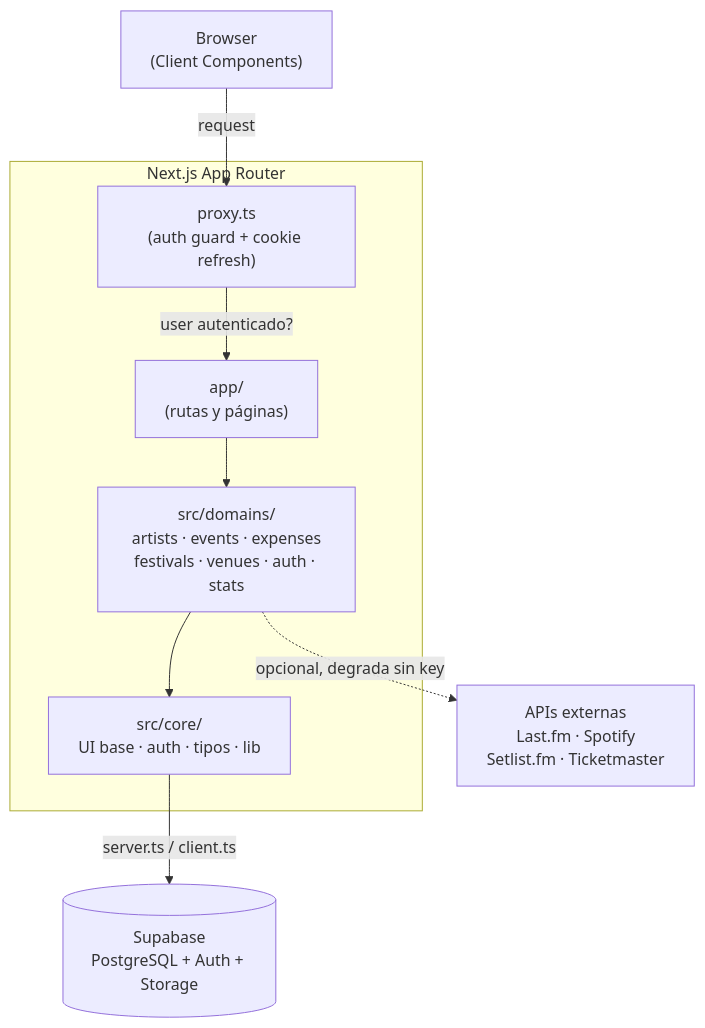
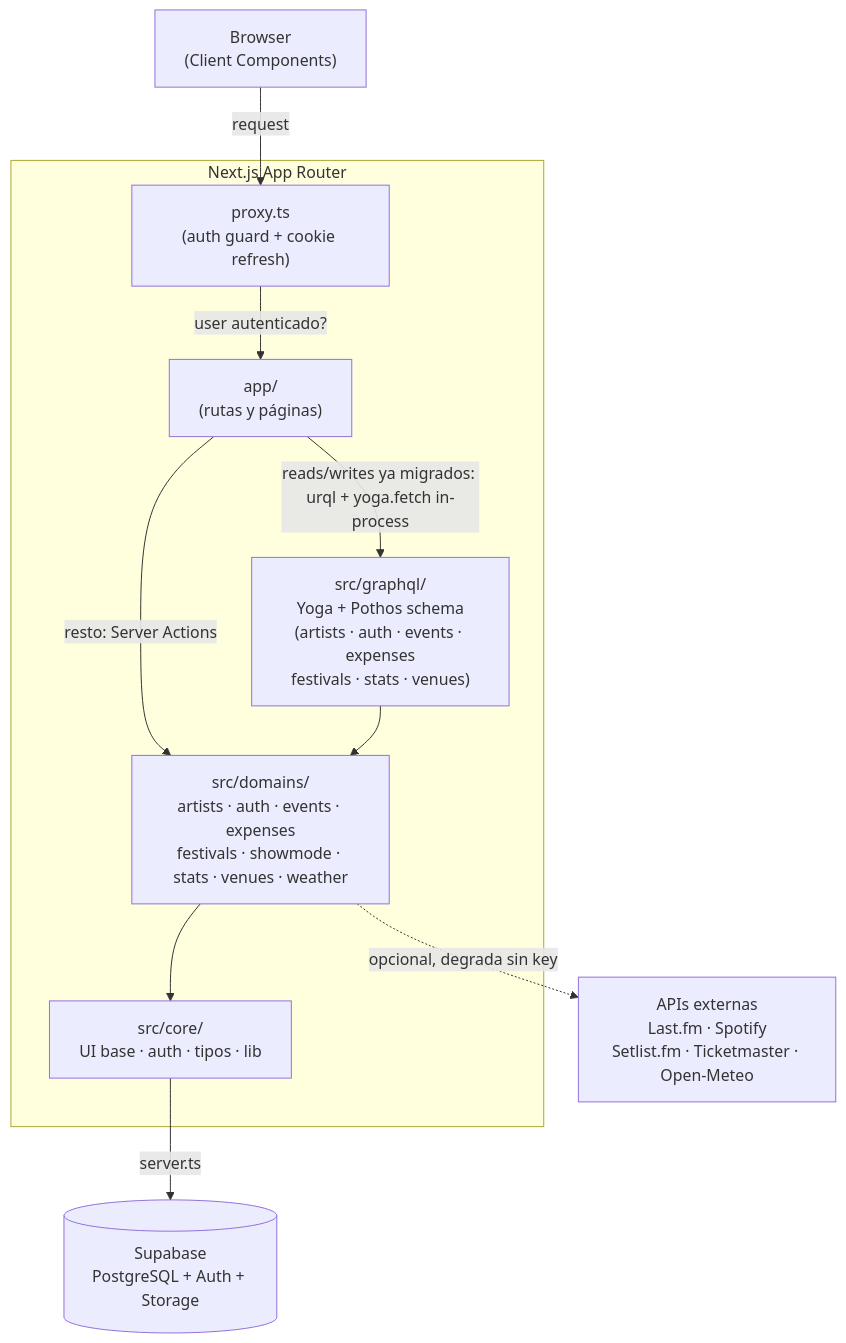
The diagram in README.md (Lantieridev/Ritual), drawn with Mermaid before and after one commit. The commit also changed other lines of this file and 10 other files, not shown here.

````diff
--- a/README.md
+++ b/README.md
@@ -88,21 +89,24 @@
 ```mermaid
 flowchart TB
     Browser["Browser\n(Client Components)"]
 
     subgraph NextApp["Next.js App Router"]
         Middleware["proxy.ts\n(auth guard + cookie refresh)"]
         Routes["app/\n(rutas y páginas)"]
-        Domains["src/domains/\nartists · events · expenses\nfestivals · venues · auth · stats"]
+        GraphQL["src/graphql/\nYoga + Pothos schema\n(artists · auth · events · expenses\nfestivals · stats · venues)"]
+        Domains["src/domains/\nartists · auth · events · expenses\nfestivals · showmode · stats · venues · weather"]
         Core["src/core/\nUI base · auth · tipos · lib"]
     end
 
     Supabase[("Supabase\nPostgreSQL + Auth + Storage")]
-    External["APIs externas\nLast.fm · Spotify\nSetlist.fm · Ticketmaster"]
+    External["APIs externas\nLast.fm · Spotify\nSetlist.fm · Ticketmaster · Open-Meteo"]
 
     Browser -->|request| Middleware
     Middleware -->|user autenticado?| Routes
-    Routes --> Domains
+    Routes -->|reads/writes ya migrados: urql + yoga.fetch in-process| GraphQL
+    Routes -->|resto: Server Actions| Domains
+    GraphQL --> Domains
     Domains --> Core
-    Core -->|server.ts / client.ts| Supabase
+    Core -->|server.ts| Supabase
     Domains -.->|opcional, degrada sin key| External
 ```
````
